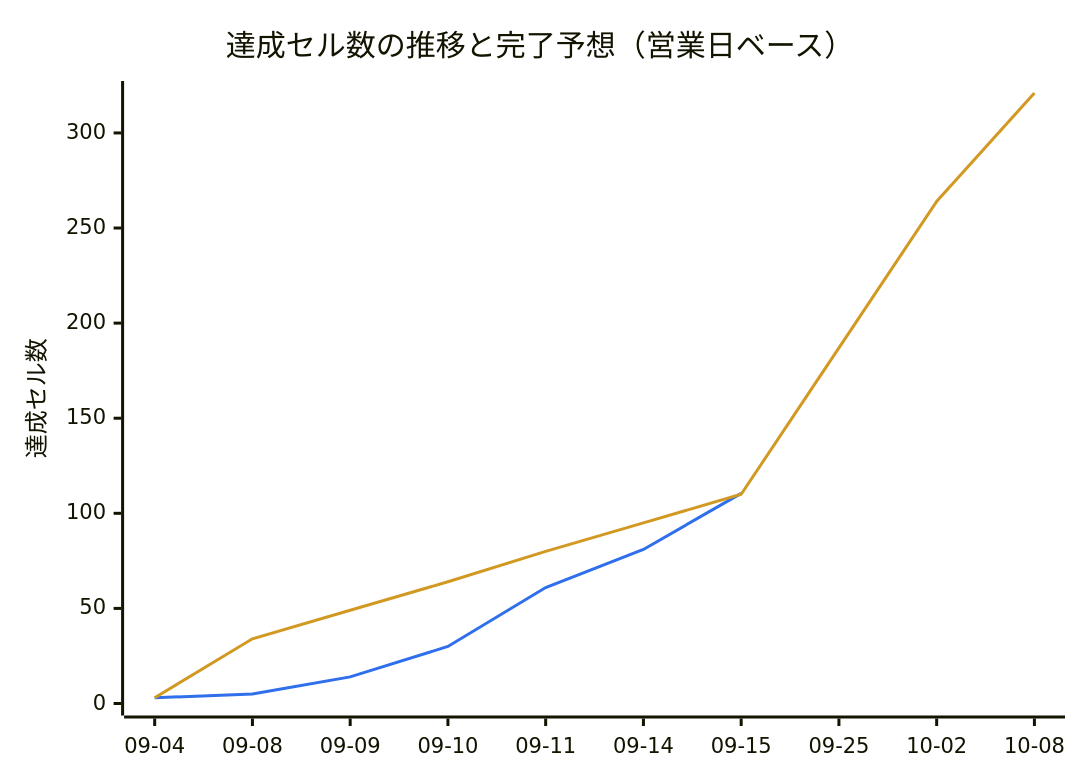
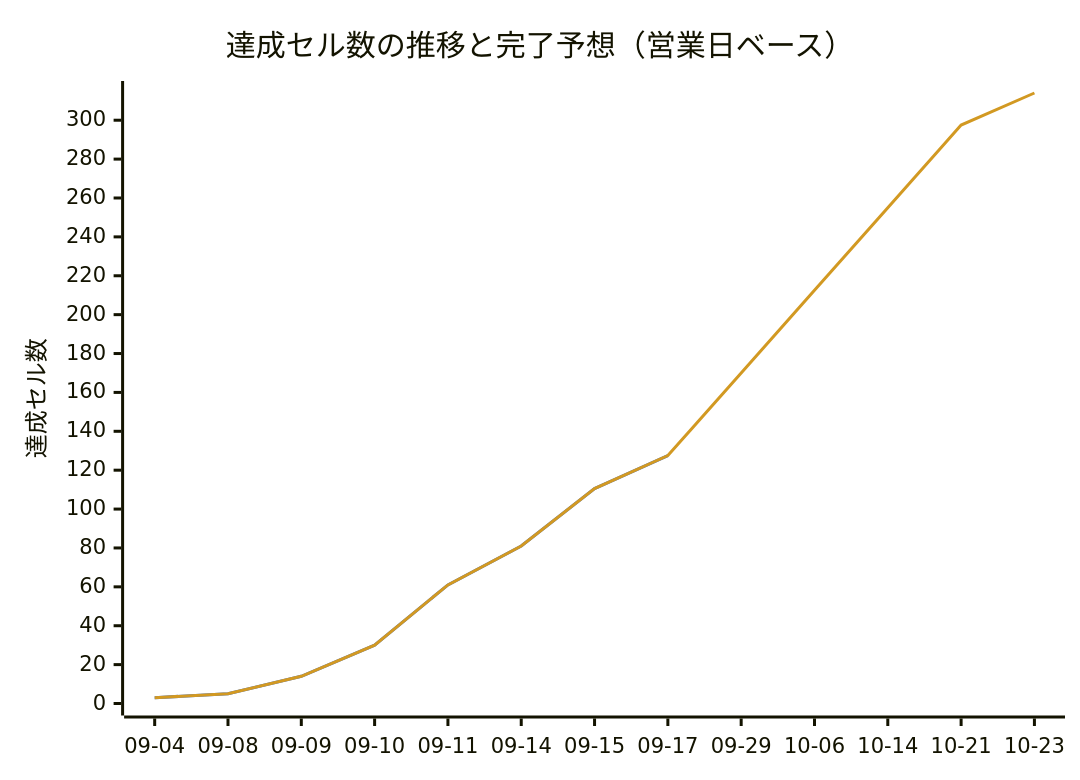
Before and after one commit to yoshihisatanaka/Pre-Market_Trading_frontend: the diagram in docs/progress.md, drawn with Mermaid. The commit also changed other lines of this file, not shown here.

````diff
--- a/docs/progress.md
+++ b/docs/progress.md
@@ -252,9 +233,9 @@
 ```mermaid
 %%{init: {"themeVariables": {"xyChart": {"plotColorPalette": "#2f6feb, #d29922"}}}}%%
 xychart-beta
     title "達成セル数の推移と完了予想（営業日ベース）"
-    x-axis ["09-04", "09-08", "09-09", "09-10", "09-11", "09-14", "09-15", "09-25", "10-02", "10-08"]
-    y-axis "達成セル数" 0 --> 321
-    line [3, 5, 14, 30, 61, 81, 110.5]
-    line [3, 34, 49, 64, 80, 95, 110, 187, 264, 321]
+    x-axis ["09-04", "09-08", "09-09", "09-10", "09-11", "09-14", "09-15", "09-17", "09-29", "10-06", "10-14", "10-21", "10-23"]
+    y-axis "達成セル数" 0 --> 314
+    line [3, 5, 14, 30, 61, 81, 110.5, 127.5]
+    line [3, 5, 14, 30, 61, 81, 110.5, 127.5, 170, 212.5, 255, 297.5, 314]
 ```
````
